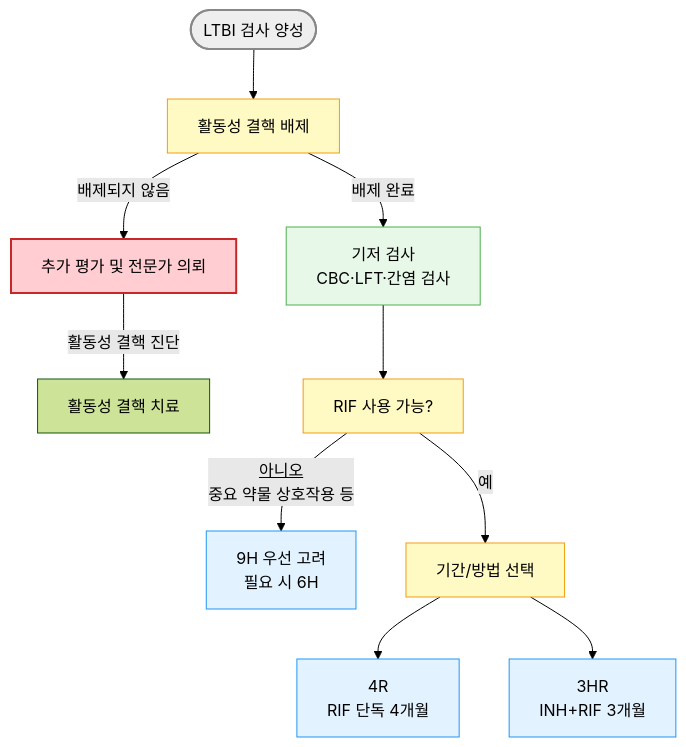
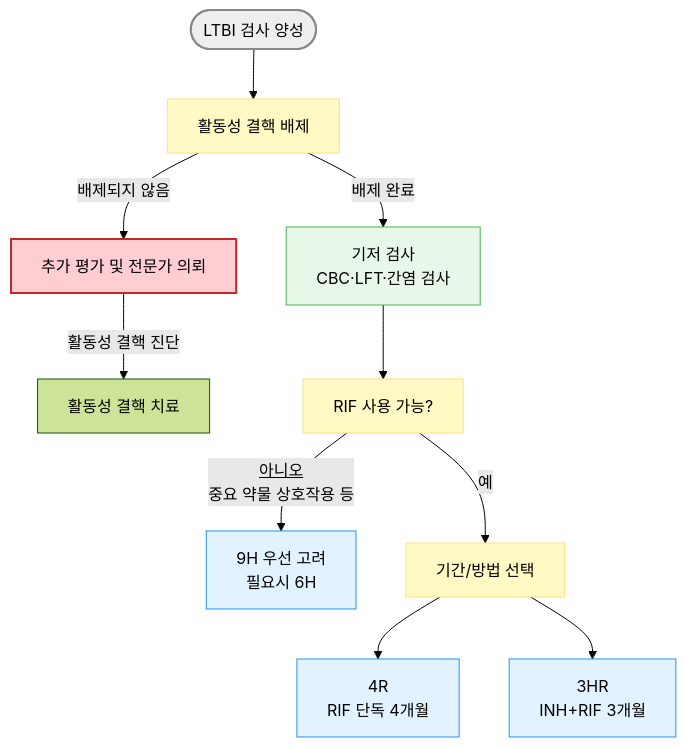
Before and after one commit to familyoh77/familyoh77: the fourth of 4 diagrams in 223_/070_-tuberculosis.md, drawn with Mermaid (forest theme). The commit also changed other lines of this file, not shown here.

````diff
--- a/223_/070_-tuberculosis.md
+++ b/223_/070_-tuberculosis.md
@@ -483,20 +501,20 @@
 ```mermaid
 graph TD
-    A([LTBI 검사 양성]) --> B[활동성 결핵 배제]
-    B -->|배제되지 않음| C[추가 평가 및 전문가 의뢰]
-    C -->|활동성 결핵 진단| CT[활동성 결핵 치료]
-    B -->|배제 완료| D["기저 검사<br/>CBC·LFT·간염 검사"]
-    D --> E[RIF 사용 가능?]
-    E -->|<u>아니오</u><br/>중요 약물 상호작용 등| F["9H 우선 고려<br/>필요 시 6H"]
-    E -->|예| G[기간/방법 선택]
+    A(["LTBI 검사 양성"]) --> B["활동성 결핵 배제"]
+    B -->|"배제되지 않음"| C["추가 평가 및 전문가 의뢰"]
+    C -->|"활동성 결핵 진단"| CT["활동성 결핵 치료"]
+    B -->|"배제 완료"| D["기저 검사<br/>CBC·LFT·간염 검사"]
+    D --> E["RIF 사용 가능?"]
+    E -->|"<u>아니오</u><br/>중요 약물 상호작용 등"| F["9H 우선 고려<br/>필요시 6H"]
+    E -->|"예"| G["기간/방법 선택"]
     G --> H["4R<br/>RIF 단독 4개월"]
     G --> I["3HR<br/>INH+RIF 3개월"]
 
     style A fill:#eeeeee,stroke:#888888,stroke-width:2px
     style D fill:#e8f8e8,stroke:#4caf50
     style C fill:#ffcdd2,stroke:#c62828,stroke-width:2px
-classDef yellow fill:#fff9c4,stroke:#f39c12
+classDef yellow fill:#fff9c4,stroke:#ffe082
 class B,E,G yellow
 classDef sky fill:#e3f2ff,stroke:#2196f3
 class H,I,F sky
 ```
````
